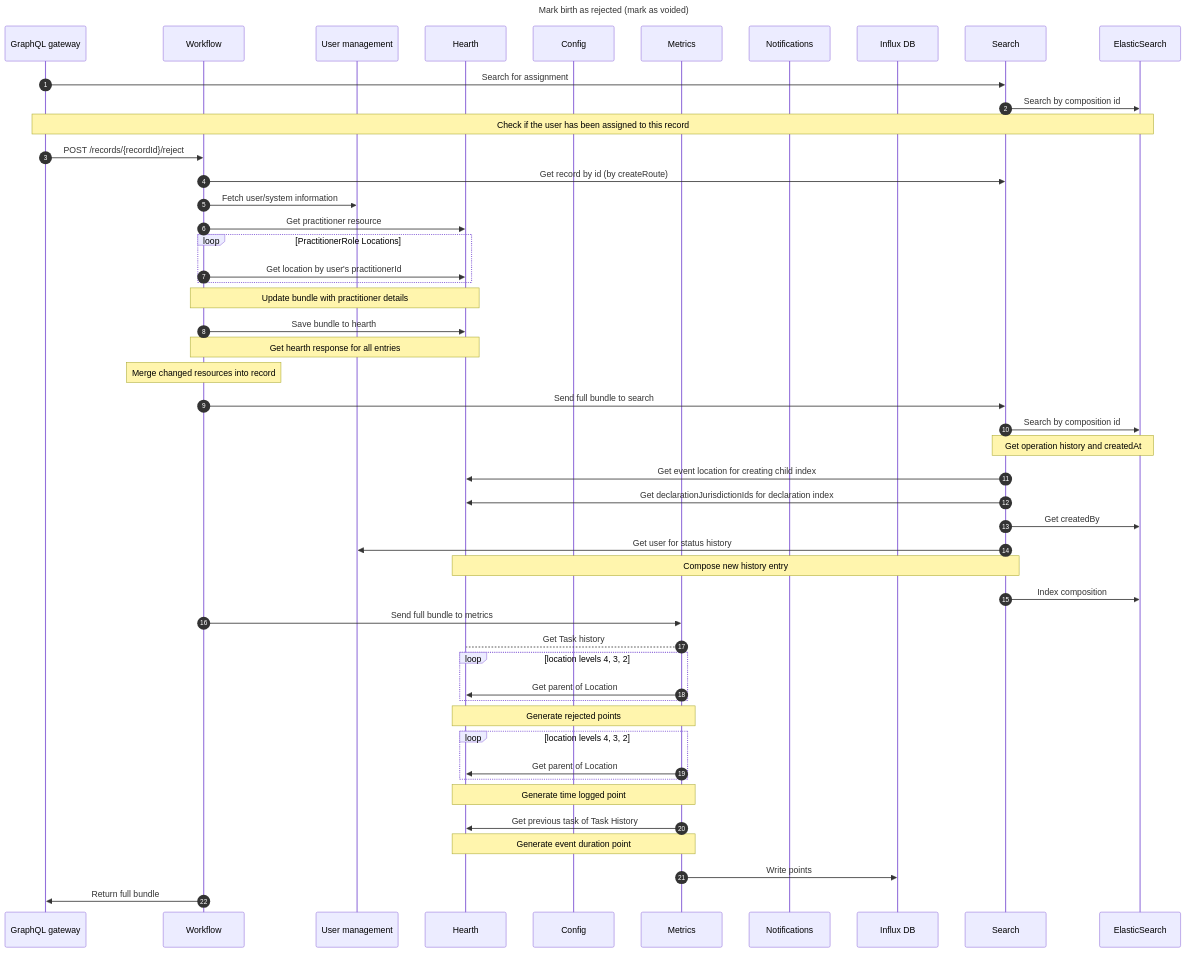
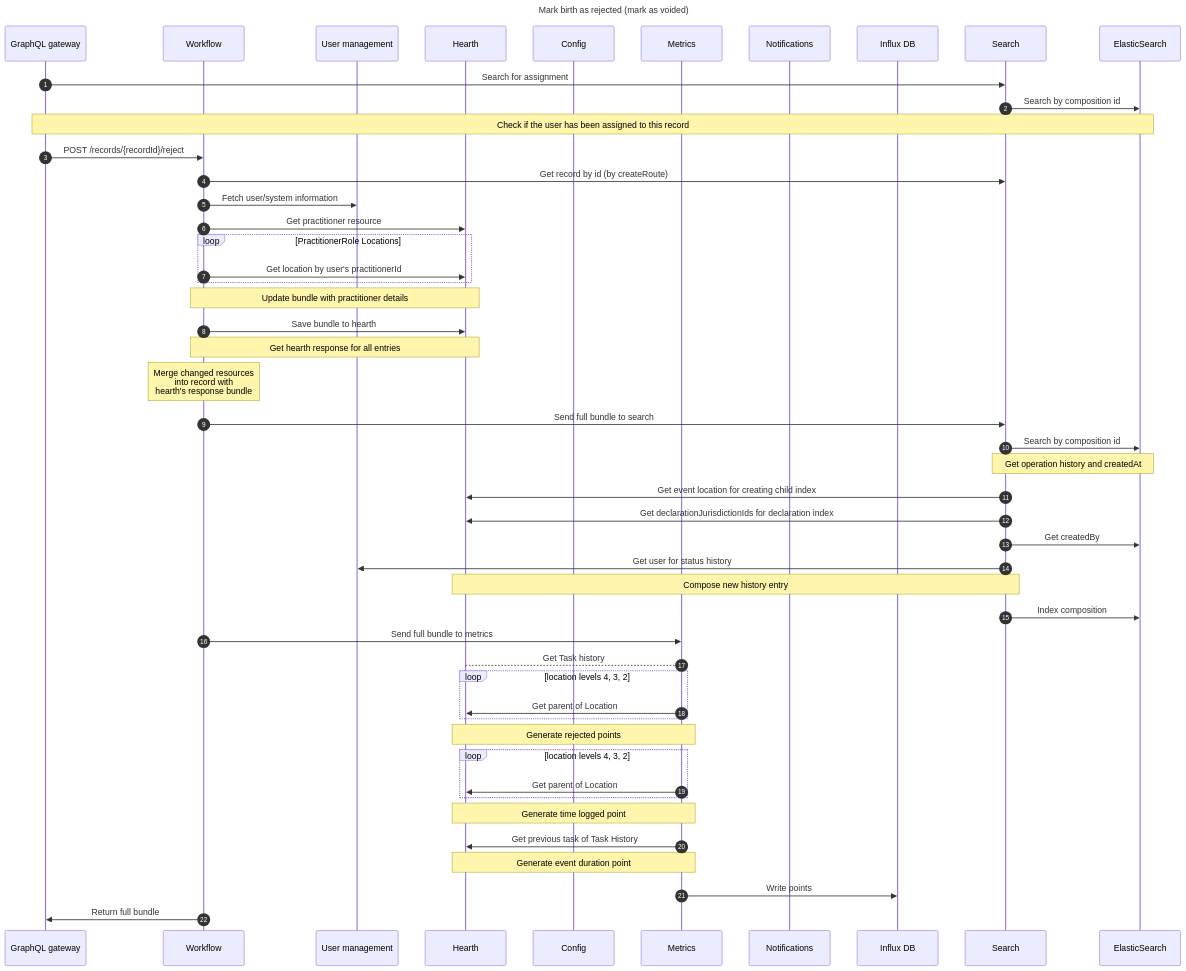
The diagram in sequence-diagrams/backend/mark-birth-as-void.md (opencrvs/opencrvs-core), drawn with Mermaid before and after one commit. The commit also changed 1 other file, not shown here.

Commit message:
Update archive workflow diagram

````diff
--- a/sequence-diagrams/backend/mark-birth-as-void.md
+++ b/sequence-diagrams/backend/mark-birth-as-void.md
@@ -3,77 +3,77 @@
 ```mermaid
 ---
 title: Mark birth as rejected (mark as voided)
 ---
 
 sequenceDiagram
     autonumber
     participant GraphQL gateway
     participant Workflow
     participant User management
     participant Hearth
     participant Config
     participant Metrics
     participant Notifications
     participant Influx DB
     participant Search
     participant ElasticSearch
 
     GraphQL gateway->>Search: Search for assignment
     Search->>ElasticSearch: Search by composition id
     Note over GraphQL gateway,ElasticSearch: Check if the user has been assigned to this record
 
     GraphQL gateway->>Workflow: POST /records/{recordId}/reject
     Workflow->>Search: Get record by id (by createRoute)
 
     Workflow->>User management: Fetch user/system information
     Workflow->>Hearth: Get practitioner resource
 
     loop PractitionerRole Locations
       Workflow->>Hearth: Get location by user's practitionerId
     end
     Note over Workflow,Hearth: Update bundle with practitioner details
 
     Workflow->>Hearth: Save bundle to hearth
     Note over Workflow,Hearth: Get hearth response for all entries
 
-    Note over Workflow: Merge changed resources into record
+    Note over Workflow: Merge changed resources<br /> into record with <br /> hearth's response bundle
 
     Workflow->>Search: Send full bundle to search
     %% upsertEvent
     Search->>ElasticSearch: Search by composition id
     Note over Search,ElasticSearch: Get operation history and createdAt
 
     %% createIndexBody
       %% createChildIndex
       %% addEventLocation
     Search->>Hearth: Get event location for creating child index
 
     %% createDeclarationIndex
     Search->>Hearth: Get declarationJurisdictionIds for declaration index
     Search->>ElasticSearch: Get createdBy
 
     %% createStatusHistory
     Search->>User management: Get user for status history
     Note over Search,Hearth: Compose new history entry
 
     Search->>ElasticSearch: Index composition
 
     Workflow->>Metrics: Send full bundle to metrics
     Metrics-->Hearth: Get Task history
 
     loop location levels 4, 3, 2
         Metrics->>Hearth: Get parent of Location
     end
     Note over Metrics,Hearth: Generate rejected points
 
     loop location levels 4, 3, 2
         Metrics->>Hearth: Get parent of Location
     end
     Note over Metrics,Hearth: Generate time logged point
 
     Metrics->>Hearth: Get previous task of Task History
     Note over Metrics,Hearth: Generate event duration point
     Metrics->>Influx DB: Write points
 
     Workflow->>GraphQL gateway: Return full bundle
 ```
````
